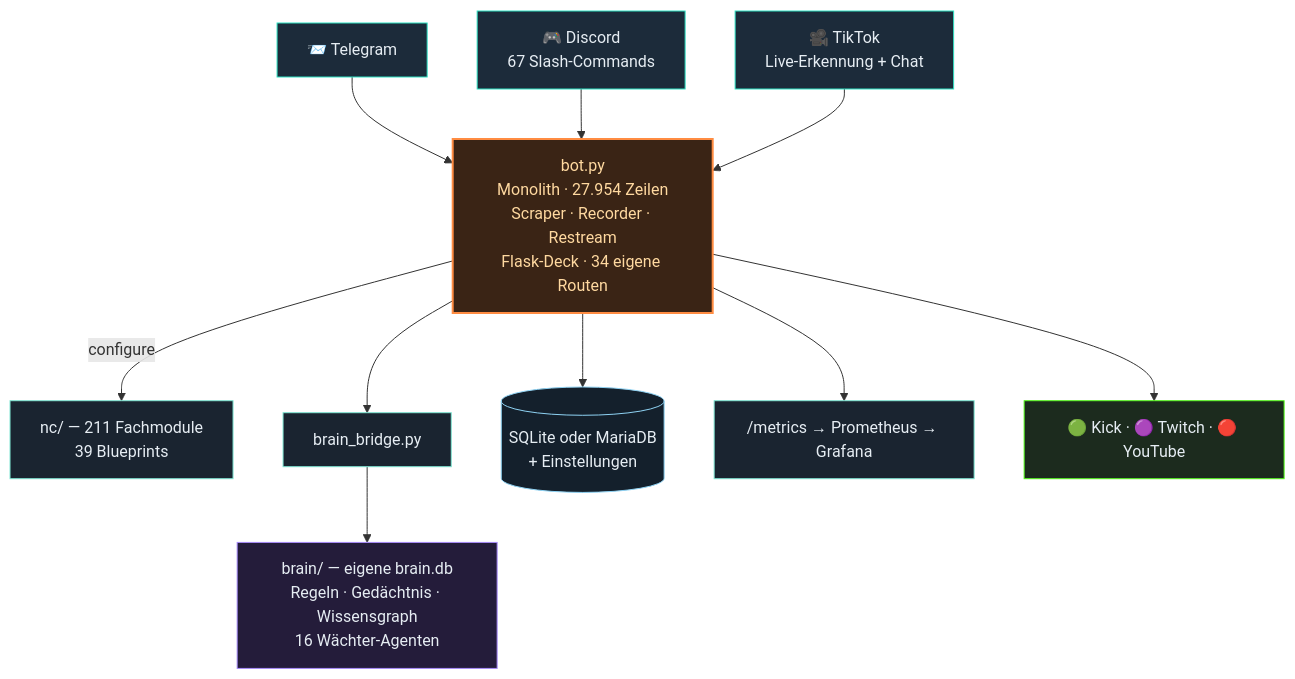
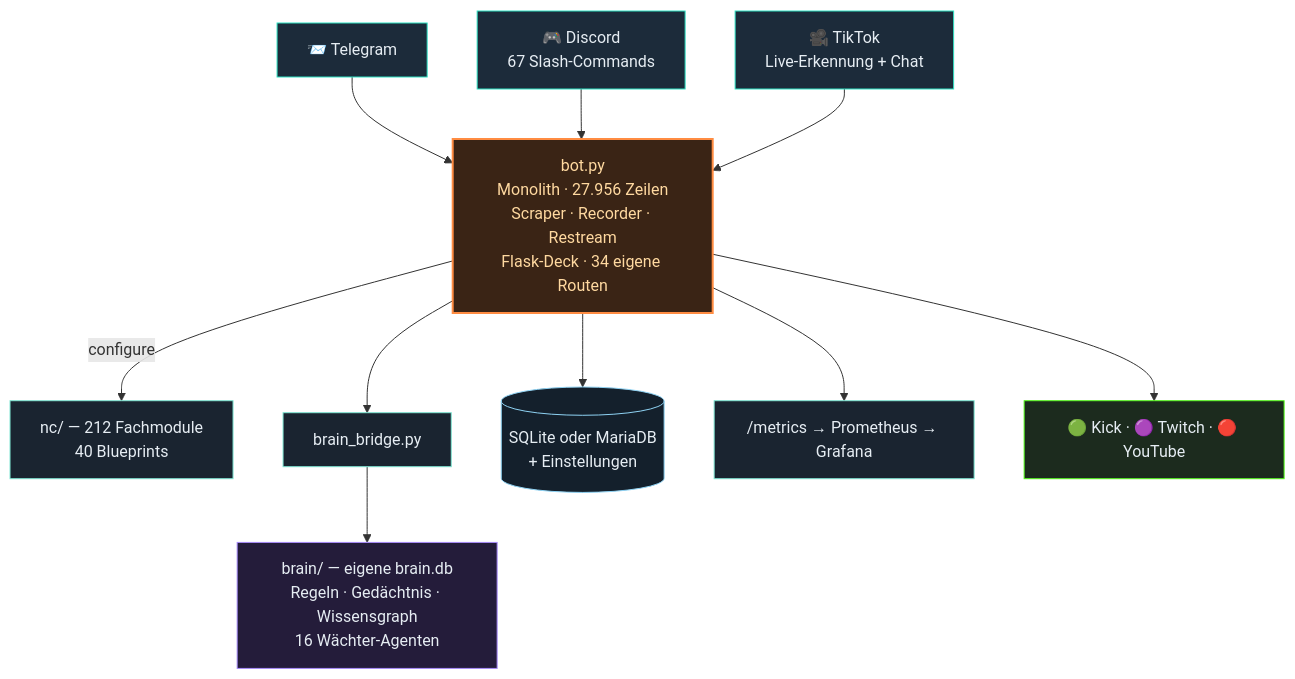
One commit to itsamemedev/Telegram-Stream-Info-Bot changed the second of 3 diagrams in README.md. Above: the diagram before and after it, drawn with Mermaid. The commit also changed other lines of this file and 18 other files, not shown here.

````diff
--- a/README.md
+++ b/README.md
@@ -118,19 +118,19 @@
 ```mermaid
 flowchart TB
     TG["📨 Telegram"]:::ein --> BOT
     DC["🎮 Discord<br/>67 Slash-Commands"]:::ein --> BOT
     TT["🎥 TikTok<br/>Live-Erkennung + Chat"]:::ein --> BOT
-    BOT["bot.py<br/>Monolith · 27.954 Zeilen<br/>Scraper · Recorder · Restream<br/>Flask-Deck · 34 eigene Routen"]:::core
-    BOT -->|configure| NC["nc/ — 211 Fachmodule<br/>39 Blueprints"]:::lib
+    BOT["bot.py<br/>Monolith · 27.956 Zeilen<br/>Scraper · Recorder · Restream<br/>Flask-Deck · 34 eigene Routen"]:::core
+    BOT -->|configure| NC["nc/ — 212 Fachmodule<br/>40 Blueprints"]:::lib
     BOT --> BR["brain_bridge.py"]:::lib
     BR --> BRAIN["brain/ — eigene brain.db<br/>Regeln · Gedächtnis · Wissensgraph<br/>16 Wächter-Agenten"]:::brain
     BOT --> DB[("SQLite oder MariaDB<br/>+ Einstellungen")]:::db
     BOT --> PROM["/metrics → Prometheus → Grafana"]:::lib
     BOT --> OUT["🟢 Kick · 🟣 Twitch · 🔴 YouTube"]:::out
     classDef ein fill:#1c2b3a,stroke:#2de1c2,color:#e6edf3
     classDef core fill:#3a2415,stroke:#ff8c42,stroke-width:2px,color:#ffd9a0
     classDef lib fill:#1a2430,stroke:#7fe7d4,color:#e6edf3
     classDef brain fill:#241c3a,stroke:#a78bfa,color:#e6edf3
     classDef db fill:#14202c,stroke:#8fd3f4,color:#e6edf3
     classDef out fill:#1c2b1e,stroke:#53fc18,color:#e6edf3
 ```
````
